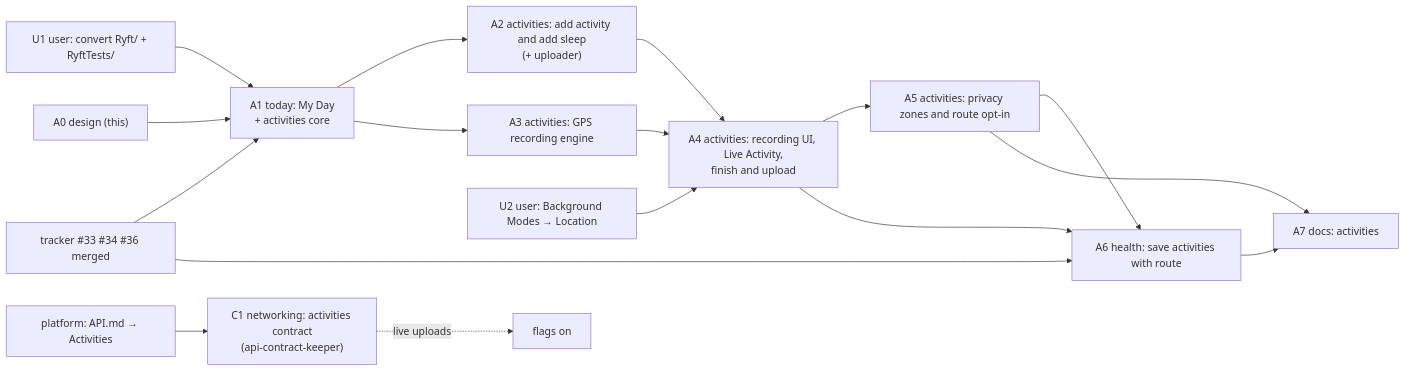
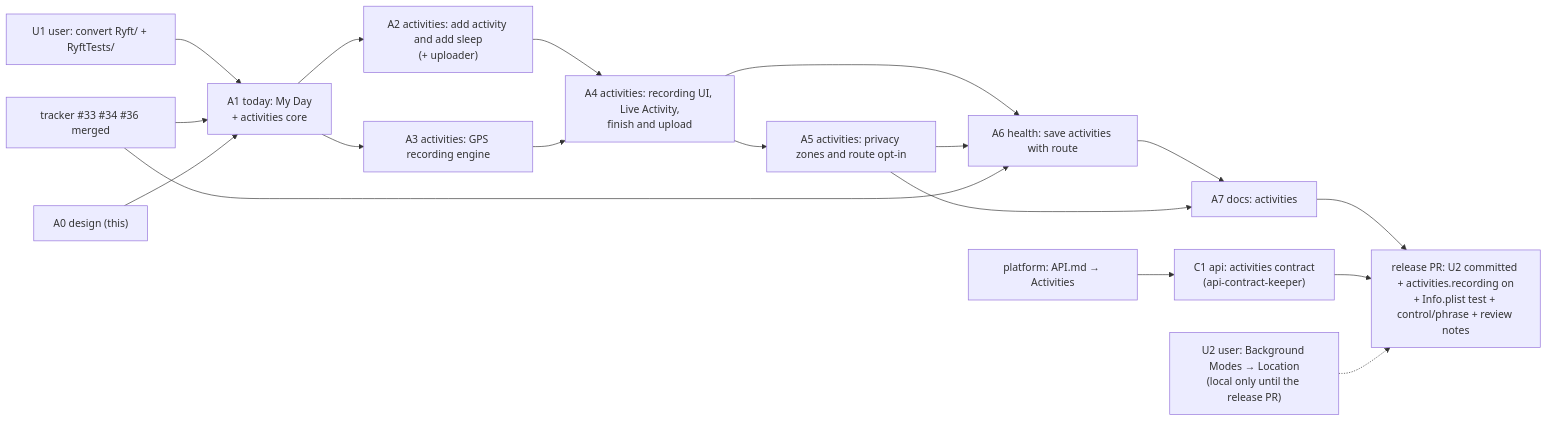
The fourth of 4 diagrams in docs/work/2026-10-22-my-day-activities/design.md (timkrebs/ryft-app), drawn with Mermaid before and after one commit. The commit also changed other lines of this file and 7 other files, not shown here.

Commit message:
design: activities revised for the privacy review (B1-B3, S1-S7); UI spec aligned; R16-R17

````diff
--- a/docs/work/2026-10-22-my-day-activities/design.md
+++ b/docs/work/2026-10-22-my-day-activities/design.md
@@ -1003,19 +1215,20 @@
 ```mermaid
 flowchart LR
   U1["U1 user: convert Ryft/ + RyftTests/"] --> A1
   TR["tracker #33 #34 #36 merged"] --> A1
   A0["A0 design (this)"] --> A1["A1 today: My Day<br/>+ activities core"]
   A1 --> A2["A2 activities: add activity and add sleep<br/>(+ uploader)"]
   A1 --> A3["A3 activities: GPS recording engine"]
   A2 --> A4["A4 activities: recording UI, Live Activity,<br/>finish and upload"]
   A3 --> A4
   A4 --> A5["A5 activities: privacy zones and route opt-in"]
   A4 --> A6["A6 health: save activities with route"]
   A5 --> A6
   TR --> A6
-  U2["U2 user: Background Modes → Location"] --> A4
-  P["platform: API.md → Activities"] --> C1["C1 networking: activities contract<br/>(api-contract-keeper)"]
-  C1 -.->|"live uploads"| ON["flags on"]
+  P["platform: API.md → Activities"] --> C1["C1 api: activities contract<br/>(api-contract-keeper)"]
   A6 --> A7["A7 docs: activities"]
   A5 --> A7
+  A7 --> REL["release PR: U2 committed + activities.recording on<br/>+ Info.plist test + control/phrase + review notes"]
+  C1 --> REL
+  U2["U2 user: Background Modes → Location<br/>(local only until the release PR)"] -.-> REL
 ```
````
